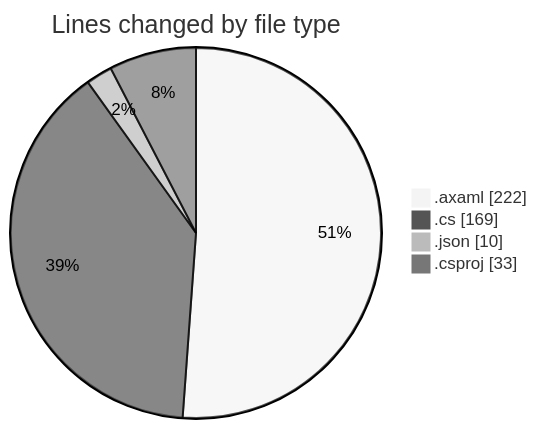
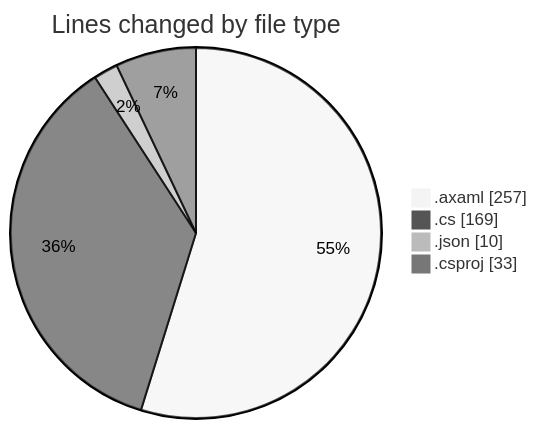
Before and after one commit to Netris89/code-tracking: the first of 2 diagrams in 2025-10-21/skintrack/README.md, drawn with Mermaid (neutral theme). The commit also changed other lines of this file and 1 other file, not shown here.

````diff
--- a/2025-10-21/skintrack/README.md
+++ b/2025-10-21/skintrack/README.md
@@ -28,8 +28,8 @@
 ```mermaid
 pie showData
 title Lines changed by file type
-".axaml" : 222
+".axaml" : 257
 ".cs" : 169
 ".json" : 10
 ".csproj" : 33
 ```
````
